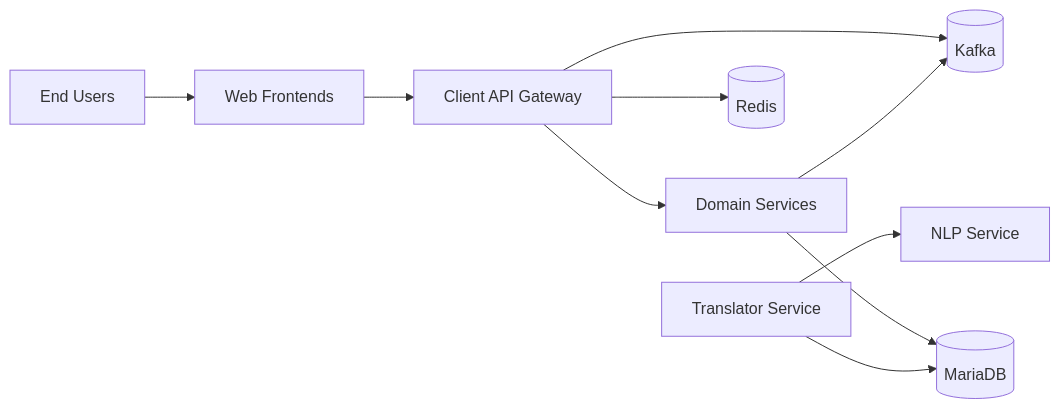
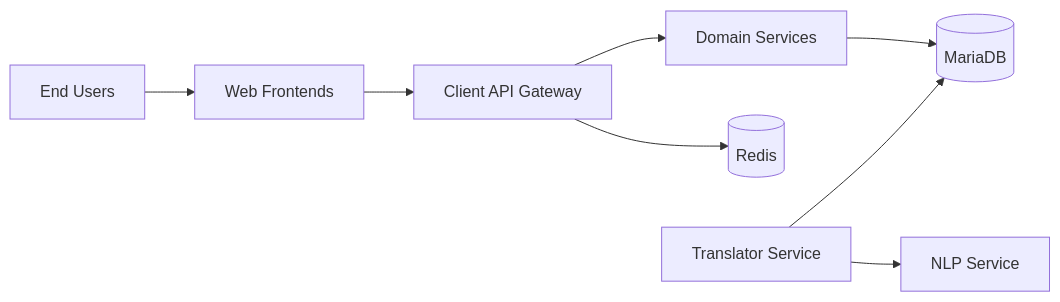
The first of 2 diagrams in docs/architecture.md (athbheochan-labs/misneach), drawn with Mermaid before and after one commit. The commit also changed other lines of this file and 11 other files, not shown here.

````diff
--- a/docs/architecture.md
+++ b/docs/architecture.md
@@ -7,12 +7,10 @@
 ```mermaid
 flowchart LR
   U[End Users] --> W[Web Frontends]
   W --> C[Client API Gateway]
   C --> S[Domain Services]
   S --> DB[(MariaDB)]
-  C --> K[(Kafka)]
-  S --> K
   C --> R[(Redis)]
   T[Translator Service] --> N[NLP Service]
   T --> DB
 ```
````
